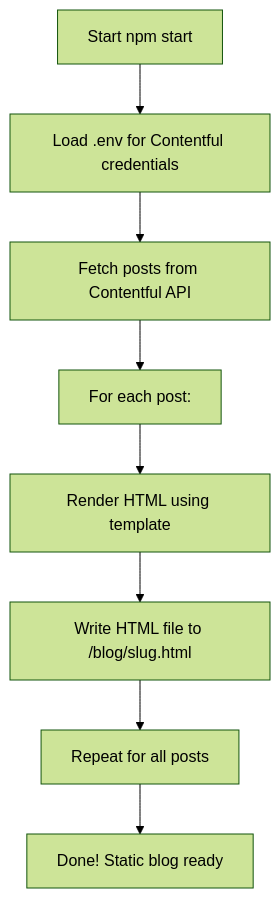
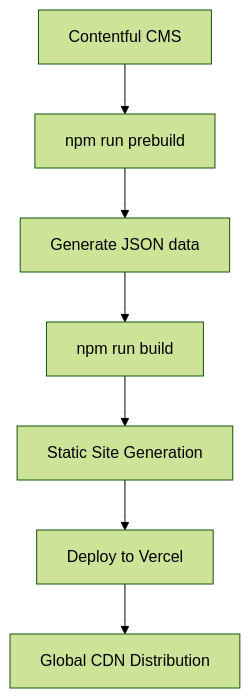
The diagram in README.md (sygau/dbest-v2), drawn with Mermaid (forest theme) before and after one commit. The commit also changed other lines of this file, not shown here.

````diff
--- a/README.md
+++ b/README.md
@@ -44,10 +195,9 @@
 ```mermaid
 flowchart TD
-    A[Start npm start] --> B[Load .env for Contentful credentials]
-    B --> C[Fetch posts from Contentful API]
-    C --> D[For each post:]
-    D --> E[Render HTML using template]
-    E --> F[Write HTML file to /blog/slug.html]
-    F --> G[Repeat for all posts]
-    G --> H[Done! Static blog ready]
+    A[Contentful CMS] --> B[npm run prebuild]
+    B --> C[Generate JSON data]
+    C --> D[npm run build]
+    D --> E[Static Site Generation]
+    E --> F[Deploy to Vercel]
+    F --> G[Global CDN Distribution]
 ```
````
